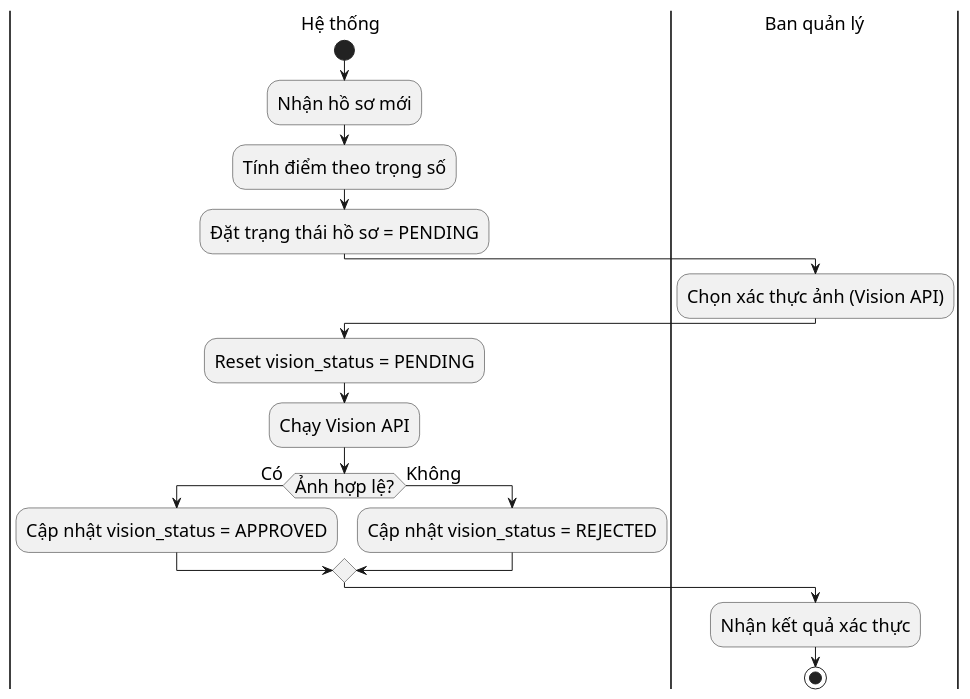
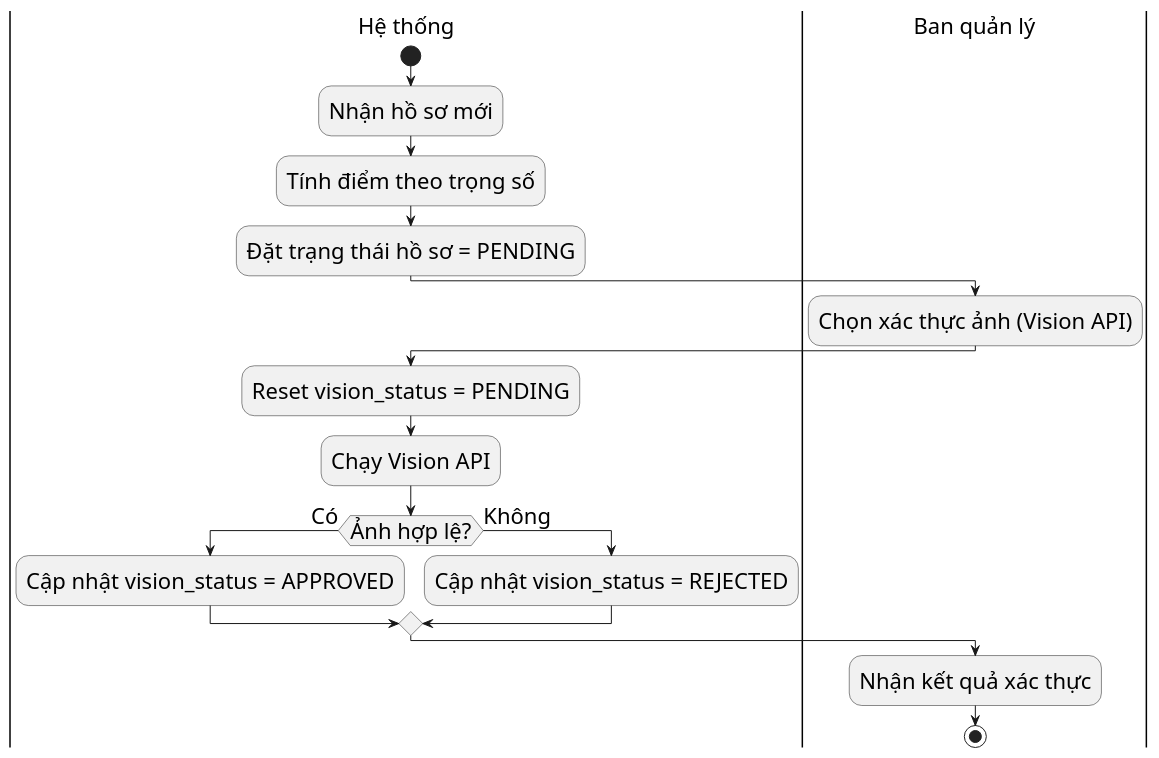
The diagram in diagrams/nhomhosodangky/registration_scoring_vision_activity.puml (s0nbuildtech287/dormitory-frontend), drawn with PlantUML before and after one commit. The commit also changed 66 other files, not shown here.

```diff
--- a/diagrams/nhomhosodangky/registration_scoring_vision_activity.puml
+++ b/diagrams/nhomhosodangky/registration_scoring_vision_activity.puml
@@ -1,22 +1,22 @@
 @startuml "Registration Scoring Vision Activity"
-skinparam defaultFontSize 18
+skinparam defaultFontSize 22
 skinparam defaultFontName "Times New Roman"
 |Hệ thống|
 start
 :Nhận hồ sơ mới;
 :Tính điểm theo trọng số;
 :Đặt trạng thái hồ sơ = PENDING;
 |Ban quản lý|
 :Chọn xác thực ảnh (Vision API);
 |Hệ thống|
 :Reset vision_status = PENDING;
 :Chạy Vision API;
 if (Ảnh hợp lệ?) then (Có)
   :Cập nhật vision_status = APPROVED;
 else (Không)
   :Cập nhật vision_status = REJECTED;
 endif
 |Ban quản lý|
 :Nhận kết quả xác thực;
 stop
 @enduml
```
